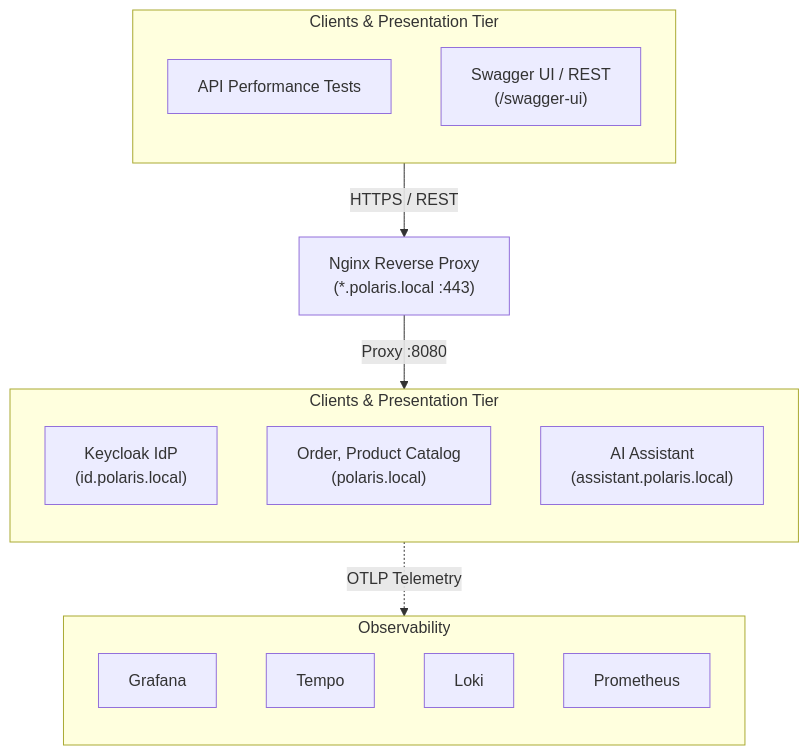
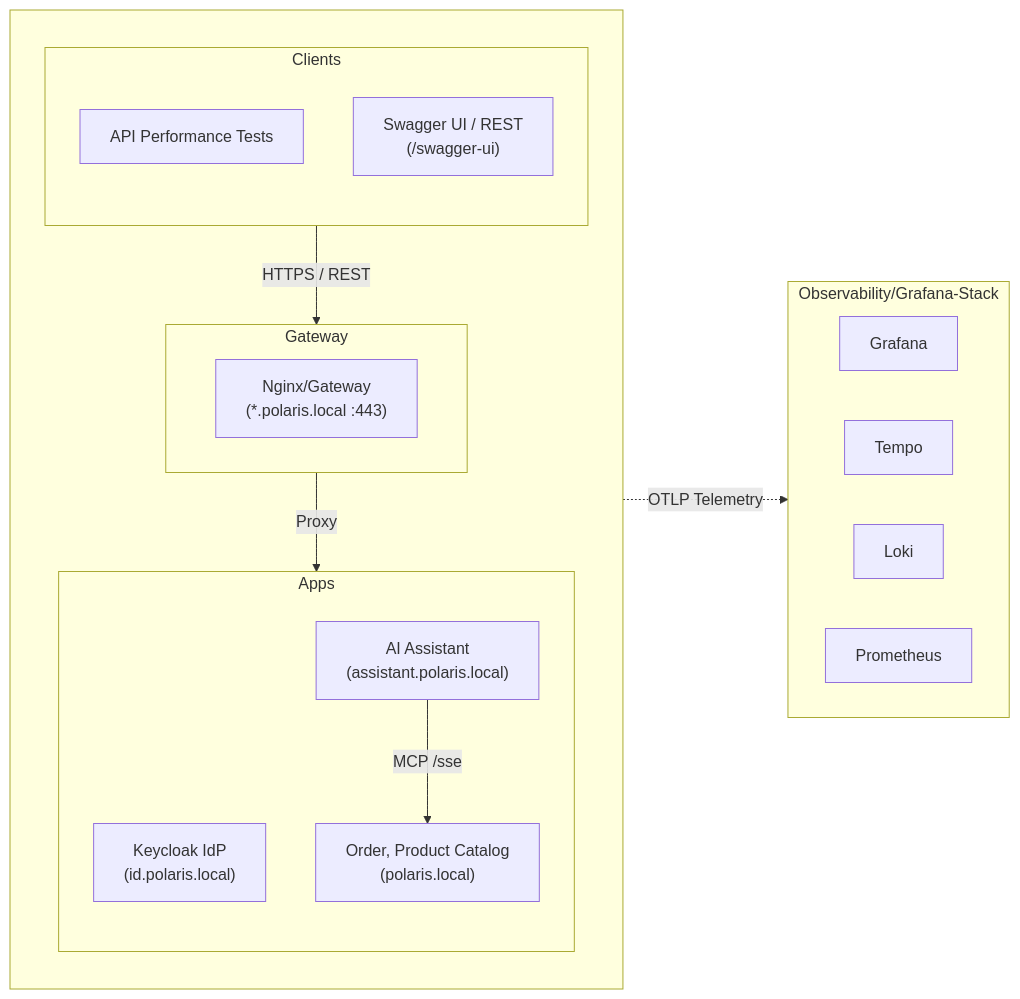
Before and after one commit to vungdv/hometask1: the diagram in src/java/03-Polaris/README.md, drawn with Mermaid. The commit also changed other lines of this file and 2 other files, not shown here.

Commit message:
improve document

````diff
--- a/src/java/03-Polaris/README.md
+++ b/src/java/03-Polaris/README.md
@@ -42,29 +41,31 @@
 ```mermaid
-flowchart TB
-
-    subgraph Observability["Observability"]
-        direction TB
+flowchart LR
+    subgraph Observability["Observability/Grafana-Stack"]
+        direction LR
         Grafana["Grafana"]
         Tempo["Tempo"]
         Loki["Loki"]
         Prometheus["Prometheus"]
     end
-
-    subgraph Clients["Clients & Presentation Tier"]
+    subgraph Main[" "]
         direction TB
-        k6["API Performance Tests"]
-        SwaggerUI["Swagger UI / REST<br/>(/swagger-ui)"]
+        subgraph L1["Clients"]
+            direction TB
+            k6["API Performance Tests"]
+            SwaggerUI["Swagger UI / REST<br/>(/swagger-ui)"]
+        end
+        subgraph L2["Gateway"]
+            Nginx["Nginx/Gateway<br/>(*.polaris.local :443)"]
+        end
+        subgraph L3["Apps"]
+            direction TB
+            Keycloak["Keycloak IdP<br/>(id.polaris.local)"]
+            Polaris-App["Order, Product Catalog<br/>(polaris.local)"]
+            Polaris-Assistant["AI Assistant<br/>(assistant.polaris.local)"]
+        end
     end
-
-    Nginx["Nginx Reverse Proxy<br/>(*.polaris.local :443)"]
-  
-    subgraph Apps["Clients & Presentation Tier"]
-        direction TB
-        Keycloak["Keycloak IdP<br/>(id.polaris.local)"]
-        Polaris-App["Order, Product Catalog<br/>(polaris.local)"]
-        Polaris-Assistant["AI Assistant<br/>(assistant.polaris.local)"]
-    end
-    Clients -->|HTTPS / REST| Nginx
-    Nginx -->|Proxy :8080| Apps
-    Apps -.->|OTLP Telemetry| Observability
+    L1 -->|HTTPS / REST| L2
+    L2 -->|Proxy| L3
+    Polaris-Assistant -->|MCP /sse| Polaris-App
+    Main -.->|OTLP Telemetry| Observability
 ```
````
